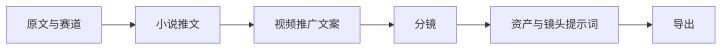
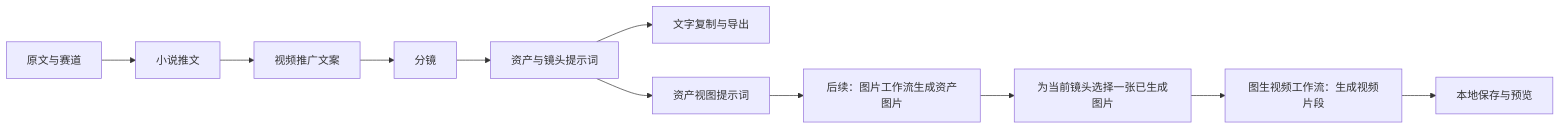
Before and after one commit to thisHobart/NovelWriter: the first of 5 diagrams in docs/short_video/architecture.md, drawn with Mermaid. The commit also changed other lines of this file and 58 other files, not shown here.

````diff
--- a/docs/short_video/architecture.md
+++ b/docs/short_video/architecture.md
@@ -15,8 +17,13 @@
 ```mermaid
 flowchart LR
     A[原文与赛道] --> B[小说推文]
     B --> C[视频推广文案]
     C --> D[分镜]
     D --> E[资产与镜头提示词]
-    E --> F[导出]
+    E --> F[文字复制与导出]
+    E --> G[资产视图提示词]
+    G --> H[后续：图片工作流生成资产图片]
+    H --> I[为当前镜头选择一张已生成图片]
+    I --> J[图生视频工作流：生成视频片段]
+    J --> K[本地保存与预览]
 ```
````
